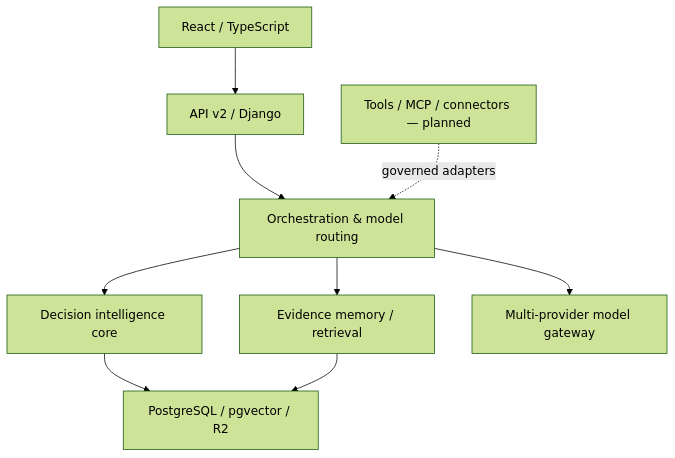
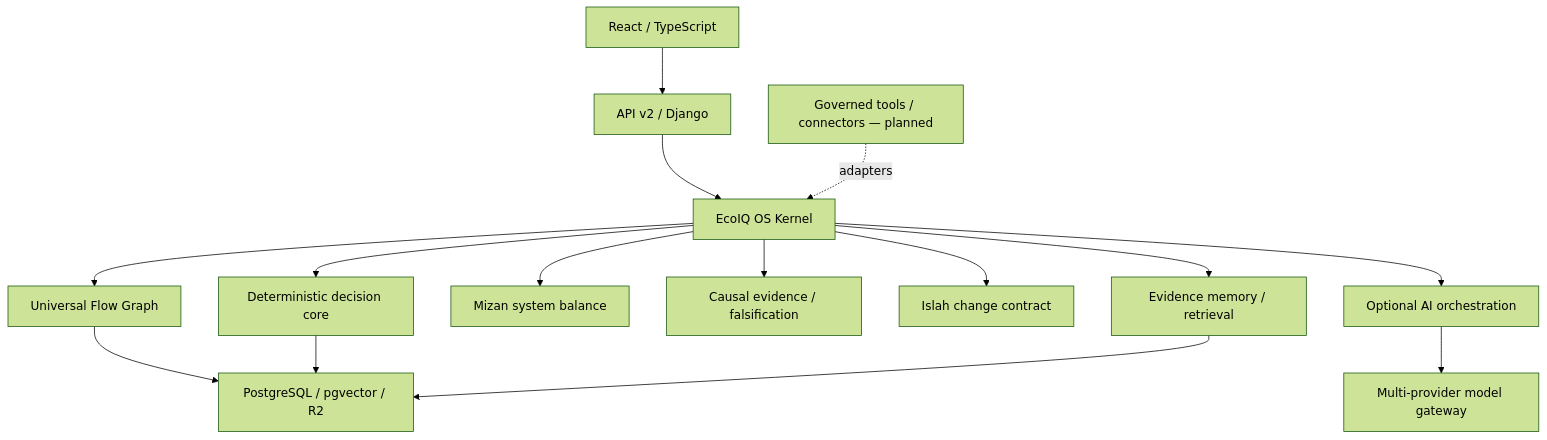
One commit to Alizhan39/ecoiq-v1 changed the diagram in README.md. Above: the diagram before and after it, drawn with Mermaid (forest theme). The commit also changed other lines of this file, not shown here.

Commit message:
docs(readme): define product as EcoIQ OS

````diff
--- a/README.md
+++ b/README.md
@@ -24,11 +29,17 @@
 ```mermaid
 flowchart TB
     UI["React / TypeScript"] --> API["API v2 / Django"]
-    API --> ORCH["Orchestration & model routing"]
-    ORCH --> CORE["Decision intelligence core"]
-    ORCH --> KNOW["Evidence memory / retrieval"]
+    API --> OS["EcoIQ OS Kernel"]
+    OS --> FLOW["Universal Flow Graph"]
+    OS --> CORE["Deterministic decision core"]
+    OS --> MIZAN["Mizan system balance"]
+    OS --> CAUSAL["Causal evidence / falsification"]
+    OS --> ISLAH["Islah change contract"]
+    OS --> KNOW["Evidence memory / retrieval"]
+    OS --> ORCH["Optional AI orchestration"]
     ORCH --> GATE["Multi-provider model gateway"]
-    CORE --> DATA["PostgreSQL / pgvector / R2"]
+    FLOW --> DATA["PostgreSQL / pgvector / R2"]
+    CORE --> DATA
     KNOW --> DATA
-    TOOLS["Tools / MCP / connectors — planned"] -. governed adapters .-> ORCH
+    TOOLS["Governed tools / connectors — planned"] -. adapters .-> OS
 ```
````
